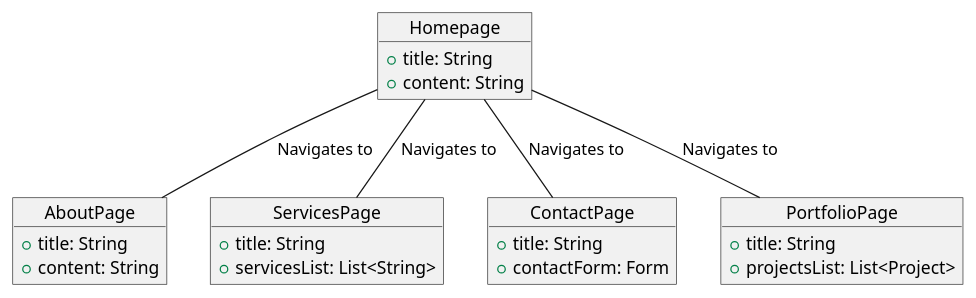
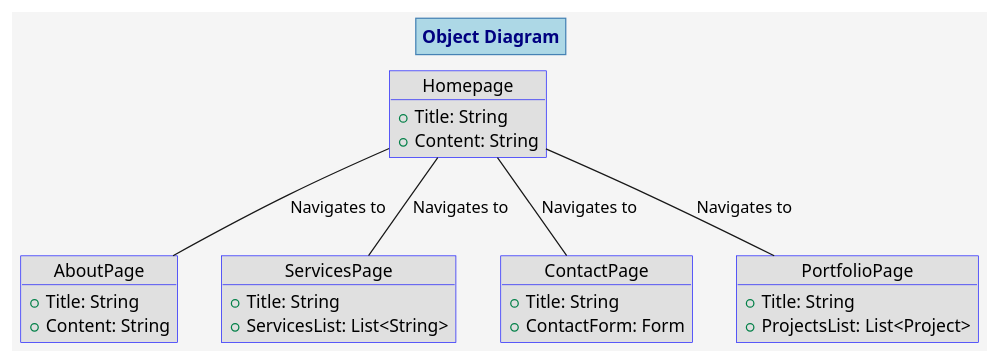
The diagram in company_profile/object_diagram.md (k4ilham/Unified-Modeling-Language-plantuml), drawn with PlantUML before and after one commit. The commit also changed 19 other files, not shown here.

```diff
--- a/company_profile/object_diagram.md
+++ b/company_profile/object_diagram.md
@@ -1,32 +1,53 @@
 @startuml
+title Object Diagram
+
+' Define colors
+skinparam backgroundColor #F5F5F5
+
+' Define styles for objects
+skinparam object {
+  BackgroundColor #E0E0E0
+  BorderColor #0000FF
+  FontColor #000000
+}
+
+' Define styles for the title
+skinparam title {
+  BackgroundColor #ADD8E6
+  BorderColor #4682B4
+  FontColor #000080
+}
+
+' Define the objects with custom styles
 object Homepage {
-  + title: String
-  + content: String
+  + Title: String
+  + Content: String
 }
 
 object AboutPage {
-  + title: String
-  + content: String
+  + Title: String
+  + Content: String
 }
 
 object ServicesPage {
-  + title: String
-  + servicesList: List<String>
+  + Title: String
+  + ServicesList: List<String>
 }
 
 object ContactPage {
-  + title: String
-  + contactForm: Form
+  + Title: String
+  + ContactForm: Form
 }
 
 object PortfolioPage {
-  + title: String
-  + projectsList: List<Project>
+  + Title: String
+  + ProjectsList: List<Project>
 }
 
+' Define relationships
 Homepage -- AboutPage : "Navigates to"
 Homepage -- ServicesPage : "Navigates to"
 Homepage -- ContactPage : "Navigates to"
 Homepage -- PortfolioPage : "Navigates to"
 
 @enduml
```
